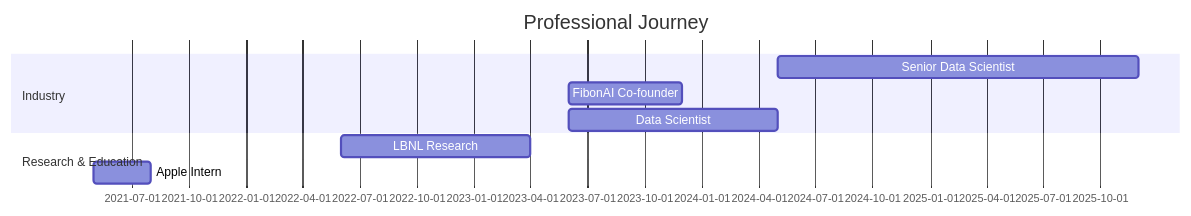
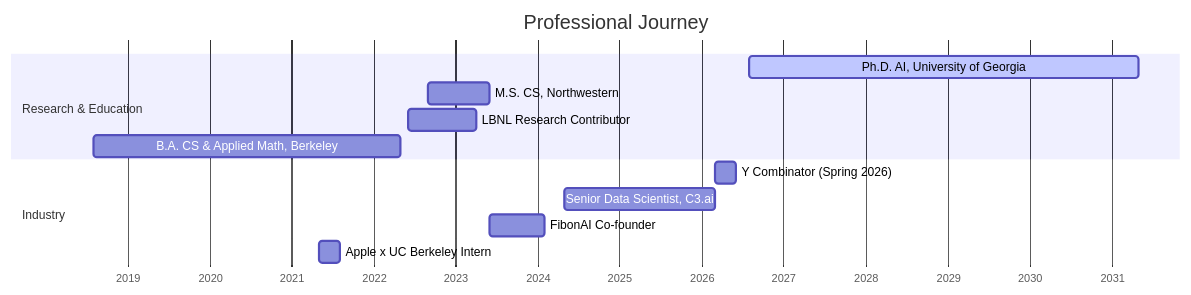
One commit to Abelo9996/Abelo9996 changed the diagram in README.md. Above: the diagram before and after it, drawn with Mermaid. The commit also changed other lines of this file, not shown here.

````diff
--- a/README.md
+++ b/README.md
@@ -161,12 +205,16 @@
 ```mermaid
 gantt
     title Professional Journey
     dateFormat YYYY-MM
+    axisFormat %Y
+    section Research & Education
+    Ph.D. AI, University of Georgia   :active, 2026-08, 2031-05
+    M.S. CS, Northwestern             :2022-09, 2023-06
+    LBNL Research Contributor         :2022-06, 2023-04
+    B.A. CS & Applied Math, Berkeley  :2018-08, 2022-05
     section Industry
-    Senior Data Scientist    :2024-05, 2025-12
-    FibonAI Co-founder      :2023-06, 2023-12
-    Data Scientist          :2023-06, 2024-05
-    section Research & Education
-    LBNL Research           :2022-06, 2023-04
-    Apple Intern            :2021-05, 2021-08
+    Y Combinator (Spring 2026)        :2026-03, 2026-06
+    Senior Data Scientist, C3.ai      :2024-05, 2026-03
+    FibonAI Co-founder                :2023-06, 2024-02
+    Apple x UC Berkeley Intern        :2021-05, 2021-08
 ```
````
